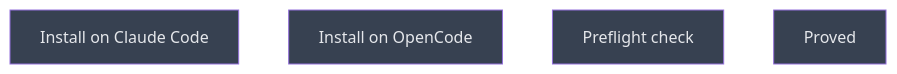
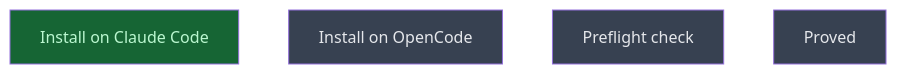
The diagram in __roadmap__/m6_5-agent-config/installed/README.md (CrackingShells/Candler), drawn with Mermaid before and after one commit. The commit also changed other lines of this file and 1 other file, not shown here.

Commit message:
rdm(api): mark the M6.5 Claude Code install done

````diff
--- a/__roadmap__/m6_5-agent-config/installed/README.md
+++ b/__roadmap__/m6_5-agent-config/installed/README.md
@@ -17,12 +17,12 @@
 ```mermaid
 graph TD
-    install_claude_code[Install on Claude Code]:::planned
+    install_claude_code[Install on Claude Code]:::done
     install_opencode[Install on OpenCode]:::planned
     preflight_check[Preflight check]:::planned
     proved[Proved]:::planned
     classDef done       fill:#166534,color:#bbf7d0
     classDef inprogress fill:#854d0e,color:#fef08a
     classDef planned    fill:#374151,color:#e5e7eb
     classDef amendment  fill:#1e3a5f,color:#bfdbfe
     classDef blocked    fill:#7f1d1d,color:#fecaca
 ```
````
